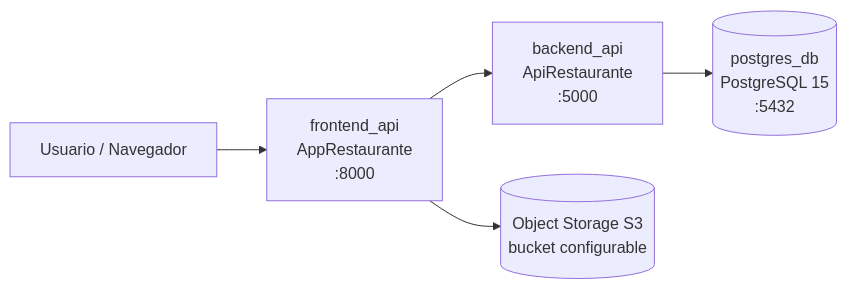
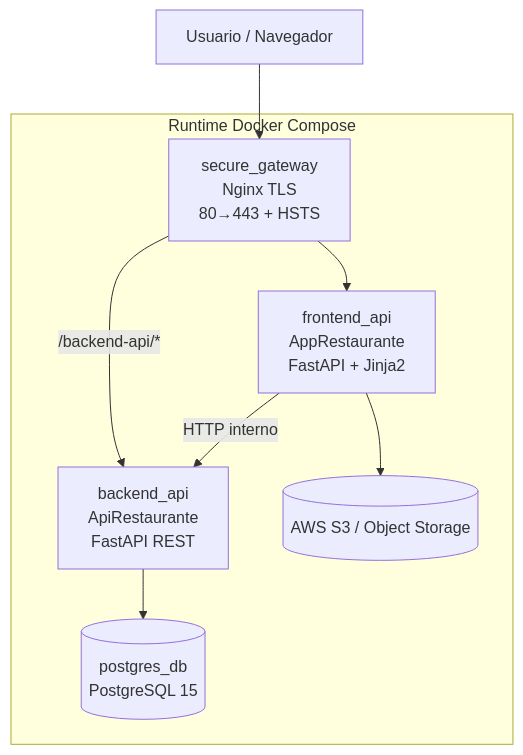
The first of 3 diagrams in docs/MAPA_ARQUITECTURA.md (dsmeneses17/Proyecto_dev_sec_ops), drawn with Mermaid before and after one commit. The commit also changed other lines of this file and 4 other files, not shown here.

````diff
--- a/docs/MAPA_ARQUITECTURA.md
+++ b/docs/MAPA_ARQUITECTURA.md
@@ -17,7 +19,13 @@
 ```mermaid
-flowchart LR
-    U[Usuario / Navegador] --> FE[frontend_api\nAppRestaurante\n:8000]
-    FE --> BE[backend_api\nApiRestaurante\n:5000]
-    BE --> DB[(postgres_db\nPostgreSQL 15\n:5432)]
-    FE --> S3[(Object Storage S3\nbucket configurable)]
+flowchart TB
+    U[Usuario / Navegador] --> G[secure_gateway\nNginx TLS\n80→443 + HSTS]
+
+    subgraph Runtime Docker Compose
+        G --> FE[frontend_api\nAppRestaurante\nFastAPI + Jinja2]
+        G -->|/backend-api/*| BE[backend_api\nApiRestaurante\nFastAPI REST]
+
+        FE -->|HTTP interno| BE
+        BE --> DB[(postgres_db\nPostgreSQL 15)]
+        FE --> S3[(AWS S3 / Object Storage)]
+    end
 ```
````
